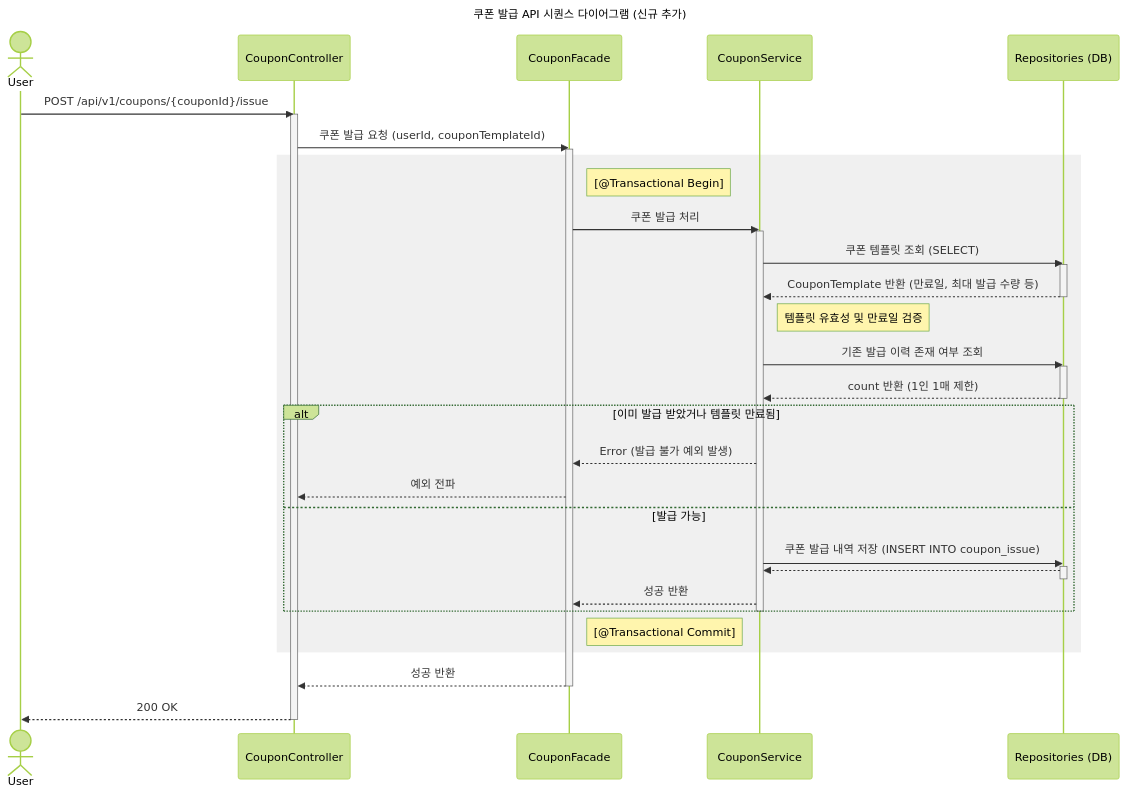
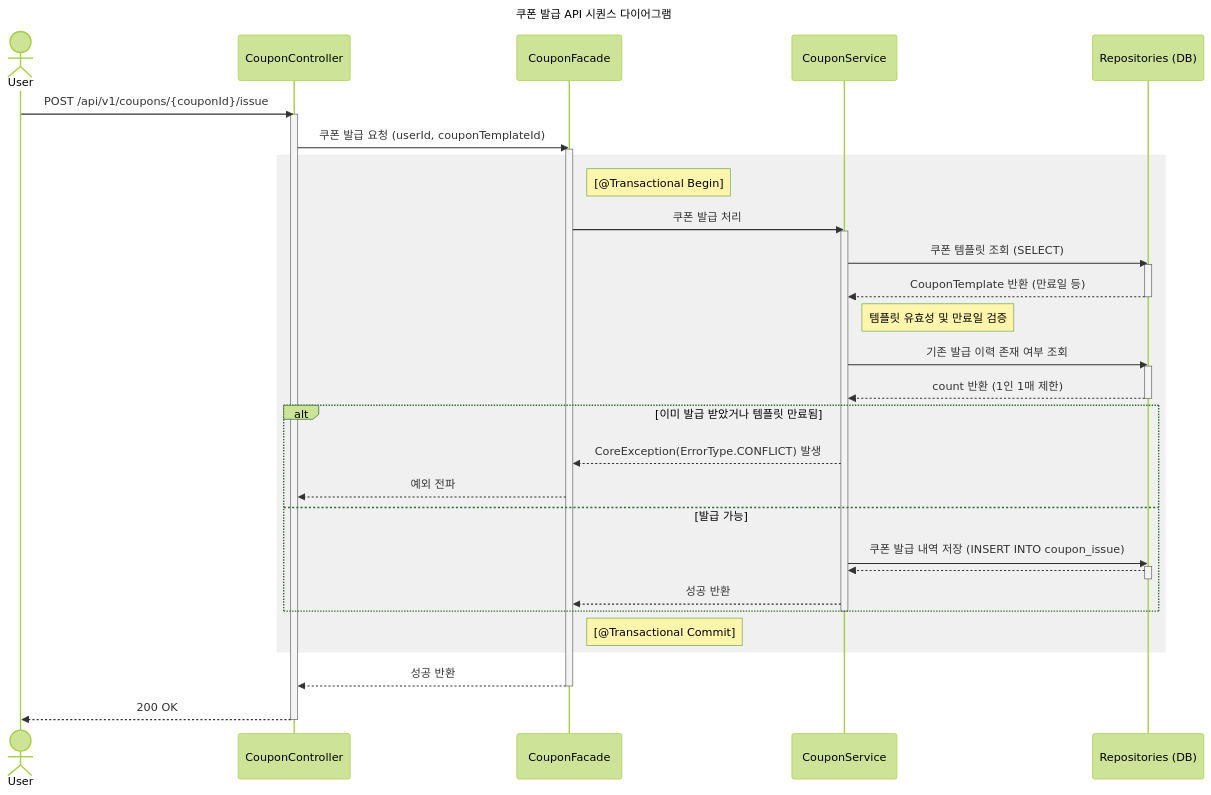
The fifth of 5 diagrams in docs/week2/02-sequence-diagrams.md (loopers-labs/loop-pack-be-l2-vol4-java), drawn with Mermaid (forest theme) before and after one commit. The commit also changed other lines of this file and 4 other files, not shown here.

````diff
--- a/docs/week2/02-sequence-diagrams.md
+++ b/docs/week2/02-sequence-diagrams.md
@@ -278,53 +329,53 @@
 ```mermaid
 sequenceDiagram
-    title 쿠폰 발급 API 시퀀스 다이어그램 (신규 추가)
+    title 쿠폰 발급 API 시퀀스 다이어그램
     actor User
     participant Controller as CouponController
     participant Facade as CouponFacade
     participant CouponSvc as CouponService
     participant Repo as Repositories (DB)
 
     User->>Controller: POST /api/v1/coupons/{couponId}/issue
     activate Controller
 
     Controller->>Facade: 쿠폰 발급 요청 (userId, couponTemplateId)
     activate Facade
 
     rect rgb(240, 240, 240)
         Note right of Facade: [@Transactional Begin]
 
         Facade->>CouponSvc: 쿠폰 발급 처리
         activate CouponSvc
 
         CouponSvc->>Repo: 쿠폰 템플릿 조회 (SELECT)
         activate Repo
-        Repo-->>CouponSvc: CouponTemplate 반환 (만료일, 최대 발급 수량 등)
+        Repo-->>CouponSvc: CouponTemplate 반환 (만료일 등)
         deactivate Repo
 
         Note right of CouponSvc: 템플릿 유효성 및 만료일 검증
         
         CouponSvc->>Repo: 기존 발급 이력 존재 여부 조회
         activate Repo
         Repo-->>CouponSvc: count 반환 (1인 1매 제한)
         deactivate Repo
 
         alt 이미 발급 받았거나 템플릿 만료됨
-            CouponSvc-->>Facade: Error (발급 불가 예외 발생)
+            CouponSvc-->>Facade: CoreException(ErrorType.CONFLICT) 발생
             Facade-->>Controller: 예외 전파
         else 발급 가능
             CouponSvc->>Repo: 쿠폰 발급 내역 저장 (INSERT INTO coupon_issue)
             activate Repo
             Repo-->>CouponSvc: 
             deactivate Repo
             CouponSvc-->>Facade: 성공 반환
         end
         deactivate CouponSvc
 
         Note right of Facade: [@Transactional Commit]
     end
 
     Facade-->>Controller: 성공 반환
     deactivate Facade
     Controller-->>User: 200 OK
     deactivate Controller
 ```
````
